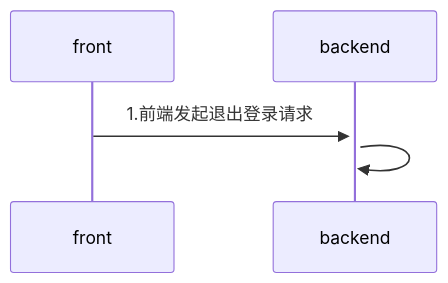
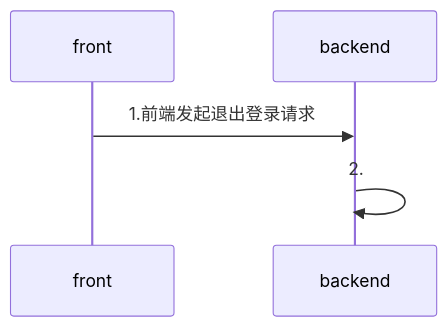
The diagram in all/未命名-4.md (yingjianzh/iodraw-files), drawn with Mermaid before and after one commit.

Commit message:
2024-08-05 11:12:53 update

````diff
--- a/all/未命名-4.md
+++ b/all/未命名-4.md
@@ -1,6 +1,6 @@
 ```mermaid
 sequenceDiagram
-    front->>+backend: 1.前端发起退出登录请求
-    backend->>backend:
+    front->>backend: 1.前端发起退出登录请求
+    backend->>+backend: 2.
    
 ```
````
